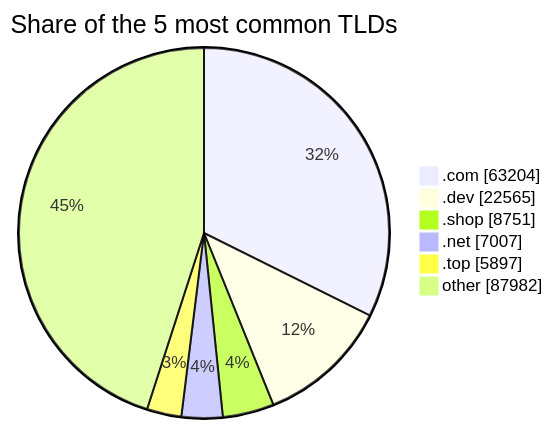
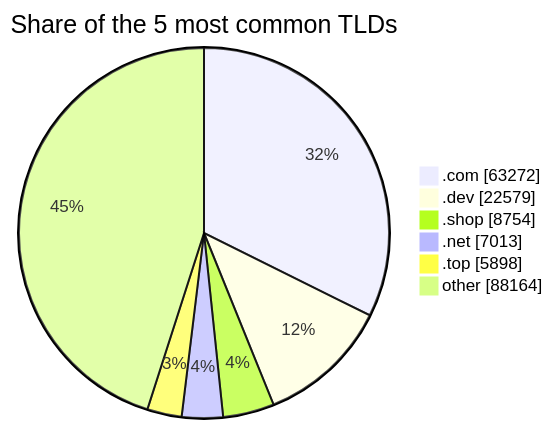
Before and after one commit to DNSBunker/CTI: the third of 3 diagrams in README.md, drawn with Mermaid. The commit also changed other lines of this file and 3 other files, not shown here.

````diff
--- a/README.md
+++ b/README.md
@@ -81,9 +81,9 @@
 ```mermaid
 pie showData title Share of the 5 most common TLDs
-    ".com" : 63204
-    ".dev" : 22565
-    ".shop" : 8751
-    ".net" : 7007
-    ".top" : 5897
-    "other" : 87982
+    ".com" : 63272
+    ".dev" : 22579
+    ".shop" : 8754
+    ".net" : 7013
+    ".top" : 5898
+    "other" : 88164
 ```
````
